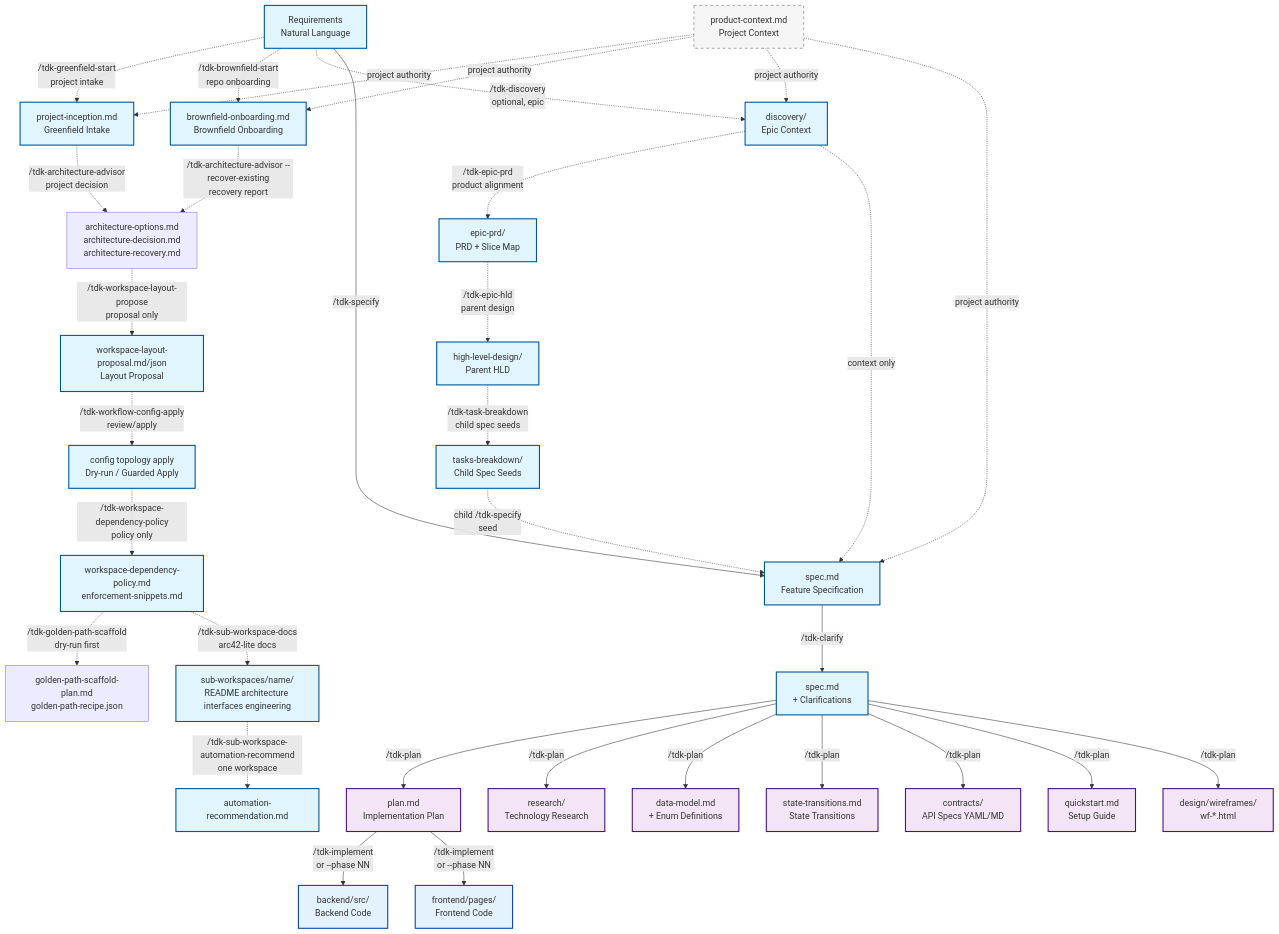
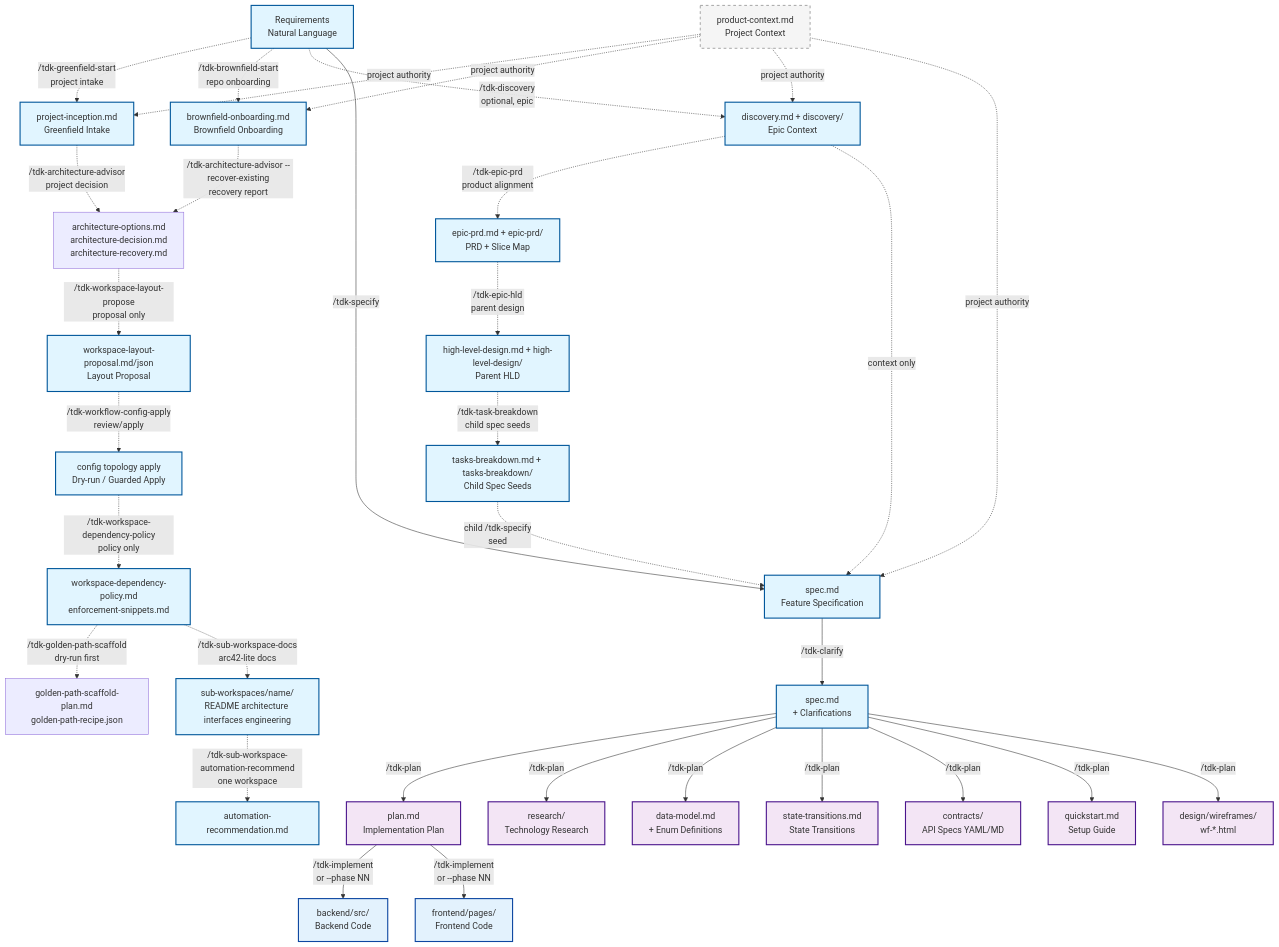
The first of 8 diagrams in .specify/docs/en/guides/document-flow.md (vinhltt/tdk), drawn with Mermaid before and after one commit. The commit also changed other lines of this file and 57 other files, not shown here.

````diff
--- a/.specify/docs/en/guides/document-flow.md
+++ b/.specify/docs/en/guides/document-flow.md
@@ -12,72 +12,72 @@
 ```mermaid
 flowchart TD
     %% Phase 0: Specification
     REQ[Requirements<br/>Natural Language]
     PRODUCT_CONTEXT[product-context.md<br/>Project Context]
     GREENFIELD_INCEPTION[project-inception.md<br/>Greenfield Intake]
     BROWNFIELD_ONBOARDING[brownfield-onboarding.md<br/>Brownfield Onboarding]
     ARCHITECTURE_REPORTS[architecture-options.md<br/>architecture-decision.md<br/>architecture-recovery.md]
     TOPOLOGY[workspace-layout-proposal.md/json<br/>Layout Proposal]
     CONFIG_PATCH[config topology apply<br/>Dry-run / Guarded Apply]
     POLICY[workspace-dependency-policy.md<br/>enforcement-snippets.md]
     GOLDEN_PATH[golden-path-scaffold-plan.md<br/>golden-path-recipe.json]
     SUB_WORKSPACE_DOCS[sub-workspaces/name/<br/>README architecture interfaces engineering]
     AUTOMATION_RECOMMEND[automation-recommendation.md]
-    DISCOVERY[discovery/<br/>Epic Context]
-    EPIC_PRD[epic-prd/<br/>PRD + Slice Map]
-    HLD[high-level-design/<br/>Parent HLD]
-    TASK_BREAKDOWN[tasks-breakdown/<br/>Child Spec Seeds]
+    DISCOVERY[discovery.md + discovery/<br/>Epic Context]
+    EPIC_PRD[epic-prd.md + epic-prd/<br/>PRD + Slice Map]
+    HLD[high-level-design.md + high-level-design/<br/>Parent HLD]
+    TASK_BREAKDOWN[tasks-breakdown.md + tasks-breakdown/<br/>Child Spec Seeds]
 
     %% Phase 0: Feature Specification
     REQ -.->|/tdk-greenfield-start<br/>project intake| GREENFIELD_INCEPTION
     REQ -.->|/tdk-brownfield-start<br/>repo onboarding| BROWNFIELD_ONBOARDING
     GREENFIELD_INCEPTION -.->|/tdk-architecture-advisor<br/>project decision| ARCHITECTURE_REPORTS
     BROWNFIELD_ONBOARDING -.->|/tdk-architecture-advisor --recover-existing<br/>recovery report| ARCHITECTURE_REPORTS
     ARCHITECTURE_REPORTS -.->|/tdk-workspace-layout-propose<br/>proposal only| TOPOLOGY
     TOPOLOGY -.->|/tdk-workflow-config-apply<br/>review/apply| CONFIG_PATCH
     CONFIG_PATCH -.->|/tdk-workspace-dependency-policy<br/>policy only| POLICY
     POLICY -.->|/tdk-golden-path-scaffold<br/>dry-run first| GOLDEN_PATH
     POLICY -.->|/tdk-sub-workspace-docs<br/>arc42-lite docs| SUB_WORKSPACE_DOCS
     SUB_WORKSPACE_DOCS -.->|/tdk-sub-workspace-automation-recommend<br/>one workspace| AUTOMATION_RECOMMEND
     REQ -.->|/tdk-discovery<br/>optional, epic| DISCOVERY
     DISCOVERY -.->|/tdk-epic-prd<br/>product alignment| EPIC_PRD
     EPIC_PRD -.->|/tdk-epic-hld<br/>parent design| HLD
     HLD -.->|/tdk-task-breakdown<br/>child spec seeds| TASK_BREAKDOWN
     TASK_BREAKDOWN -.->|child /tdk-specify<br/>seed| SPEC
     REQ -->|/tdk-specify| SPEC[spec.md<br/>Feature Specification]
     DISCOVERY -.->|context only| SPEC
     PRODUCT_CONTEXT -.->|project authority| GREENFIELD_INCEPTION
     PRODUCT_CONTEXT -.->|project authority| BROWNFIELD_ONBOARDING
     PRODUCT_CONTEXT -.->|project authority| DISCOVERY
     PRODUCT_CONTEXT -.->|project authority| SPEC
     SPEC -->|/tdk-clarify| SPEC_CLARIFIED[spec.md<br/>+ Clarifications]
 
     %% Phase 1: Architecture & Design
     SPEC_CLARIFIED -->|/tdk-plan| PLAN[plan.md<br/>Implementation Plan]
     SPEC_CLARIFIED -->|/tdk-plan| RESEARCH[research/<br/>Technology Research]
     SPEC_CLARIFIED -->|/tdk-plan| DATAMODEL[data-model.md<br/>+ Enum Definitions]
     SPEC_CLARIFIED -->|/tdk-plan| STATETRANS[state-transitions.md<br/>State Transitions]
     SPEC_CLARIFIED -->|/tdk-plan| CONTRACTS[contracts/<br/>API Specs YAML/MD]
     SPEC_CLARIFIED -->|/tdk-plan| QUICKSTART[quickstart.md<br/>Setup Guide]
     SPEC_CLARIFIED -->|/tdk-plan| WIREFRAMES[design/wireframes/<br/>wf-*.html]
 
     %% Phase 2: Implementation (Solo Path - Primary)
     PLAN -->|/tdk-implement<br/>or --phase NN| CODE_BE[backend/src/<br/>Backend Code]
     PLAN -->|/tdk-implement<br/>or --phase NN| CODE_FE[frontend/pages/<br/>Frontend Code]
 
     %% Styling
     classDef phase0 fill:#e1f5ff,stroke:#01579b,stroke-width:2px
     classDef phase1 fill:#f3e5f5,stroke:#4a148c,stroke-width:2px
     classDef phase2 fill:#fff3e0,stroke:#e65100,stroke-width:2px
     classDef phase3 fill:#e8f5e9,stroke:#1b5e20,stroke-width:2px
     classDef phase4 fill:#fff9c4,stroke:#f57f17,stroke-width:2px
     classDef phase5 fill:#ffebee,stroke:#b71c1c,stroke-width:2px
     classDef reference fill:#f5f5f5,stroke:#616161,stroke-width:1px,stroke-dasharray: 5 5
     classDef code fill:#e3f2fd,stroke:#0d47a1,stroke-width:2px
     classDef infra fill:#fce4ec,stroke:#880e4f,stroke-width:2px
 
     class REQ,GREENFIELD_INCEPTION,BROWNFIELD_ONBOARDING,TOPOLOGY,CONFIG_PATCH,POLICY,SUB_WORKSPACE_DOCS,AUTOMATION_RECOMMEND,DISCOVERY,EPIC_PRD,HLD,TASK_BREAKDOWN,SPEC,SPEC_CLARIFIED phase0
     class PLAN,RESEARCH,DATAMODEL,STATETRANS,CONTRACTS,QUICKSTART,WIREFRAMES phase1
     class PRODUCT_CONTEXT,CONSTITUTION,UIUX,REF_DATAMODEL,REF_STATE reference
     class CODE_BE,CODE_FE,TESTS code
 ```
````
